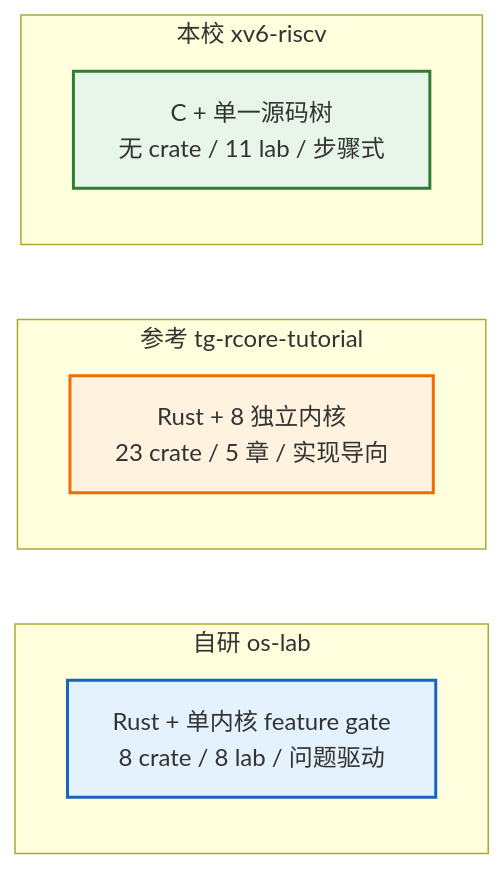
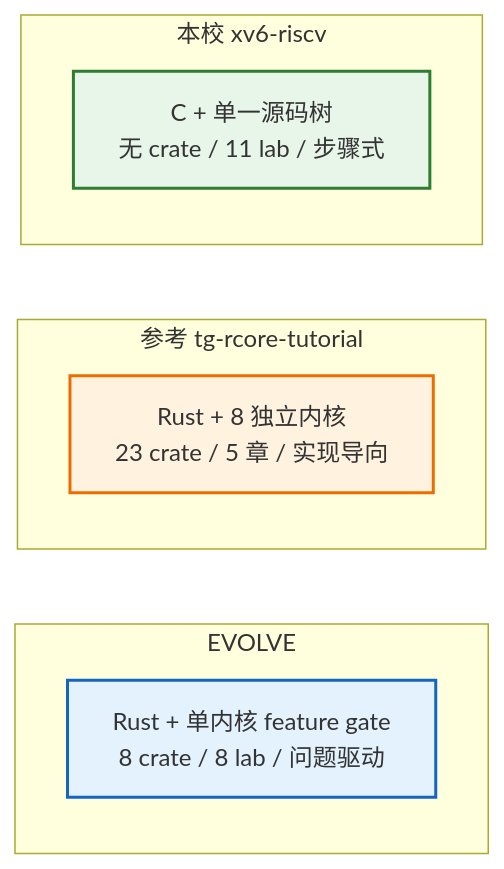
The first of 4 diagrams in os-lab/docs/comparison.md (AM-SuSh/EVOLVE), drawn with Mermaid before and after one commit. The commit also changed other lines of this file and 23 other files, not shown here.

````diff
--- a/os-lab/docs/comparison.md
+++ b/os-lab/docs/comparison.md
@@ -9,19 +9,19 @@
 ```mermaid
 graph LR
-    subgraph 自研["自研 os-lab"]
+    subgraph 自研["EVOLVE"]
         S1["Rust + 单内核 feature gate<br/>8 crate / 8 lab / 问题驱动"]
     end
     subgraph 参考["参考 tg-rcore-tutorial"]
         R1["Rust + 8 独立内核<br/>23 crate / 5 章 / 实现导向"]
     end
     subgraph 本校["本校 xv6-riscv"]
         X1["C + 单一源码树<br/>无 crate / 11 lab / 步骤式"]
     end
 
     classDef self fill:#e3f2fd,stroke:#1565c0,stroke-width:2px;
     classDef ref fill:#fff3e0,stroke:#ef6c00,stroke-width:2px;
     classDef uni fill:#e8f5e9,stroke:#2e7d32,stroke-width:2px;
     class S1 self;
     class R1 ref;
     class X1 uni;
 ```
````
